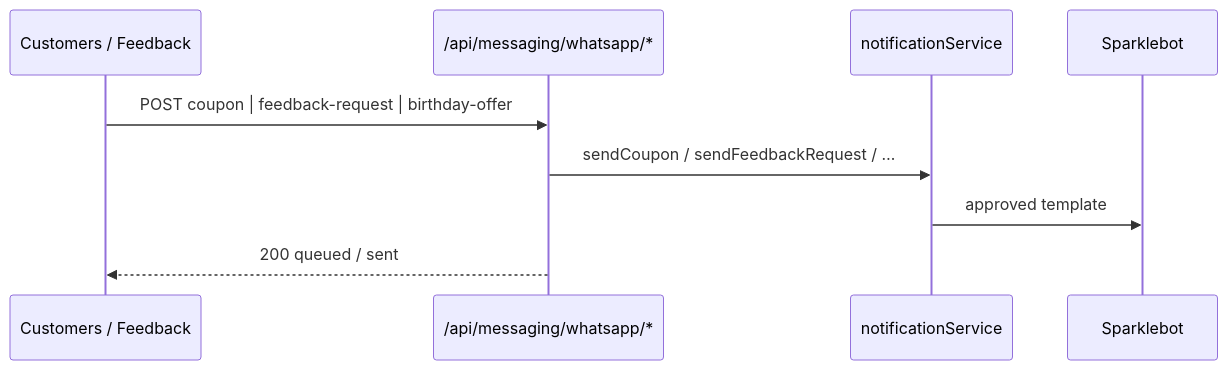
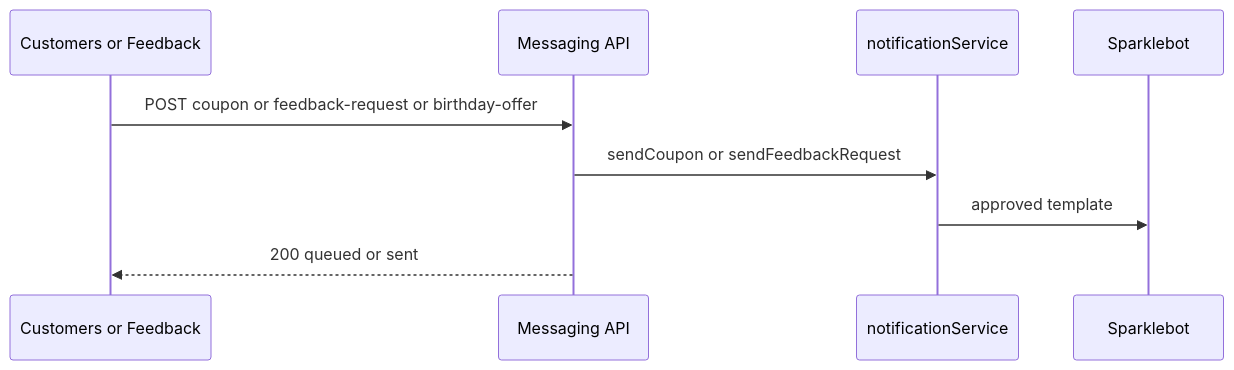
One commit to MetaForge-IT/BillVyapp-Production changed the ninth of 9 diagrams in ARCHITECTURE.md. Above: the diagram before and after it, drawn with Mermaid. The commit also changed other lines of this file and 1 other file, not shown here.

Commit message:
docs: add V1 architecture and GitHub README landing page fixed the rich display

````diff
--- a/ARCHITECTURE.md
+++ b/ARCHITECTURE.md
@@ -483,12 +492,12 @@
 ```mermaid
 sequenceDiagram
-  participant UI as Customers / Feedback
-  participant Msg as /api/messaging/whatsapp/*
+  participant UI as Customers or Feedback
+  participant Msg as Messaging API
   participant N as notificationService
   participant WA as Sparklebot
 
-  UI->>Msg: POST coupon | feedback-request | birthday-offer
-  Msg->>N: sendCoupon / sendFeedbackRequest / …
+  UI->>Msg: POST coupon or feedback-request or birthday-offer
+  Msg->>N: sendCoupon or sendFeedbackRequest
   N->>WA: approved template
-  Msg-->>UI: 200 queued / sent
+  Msg-->>UI: 200 queued or sent
 ```
````
